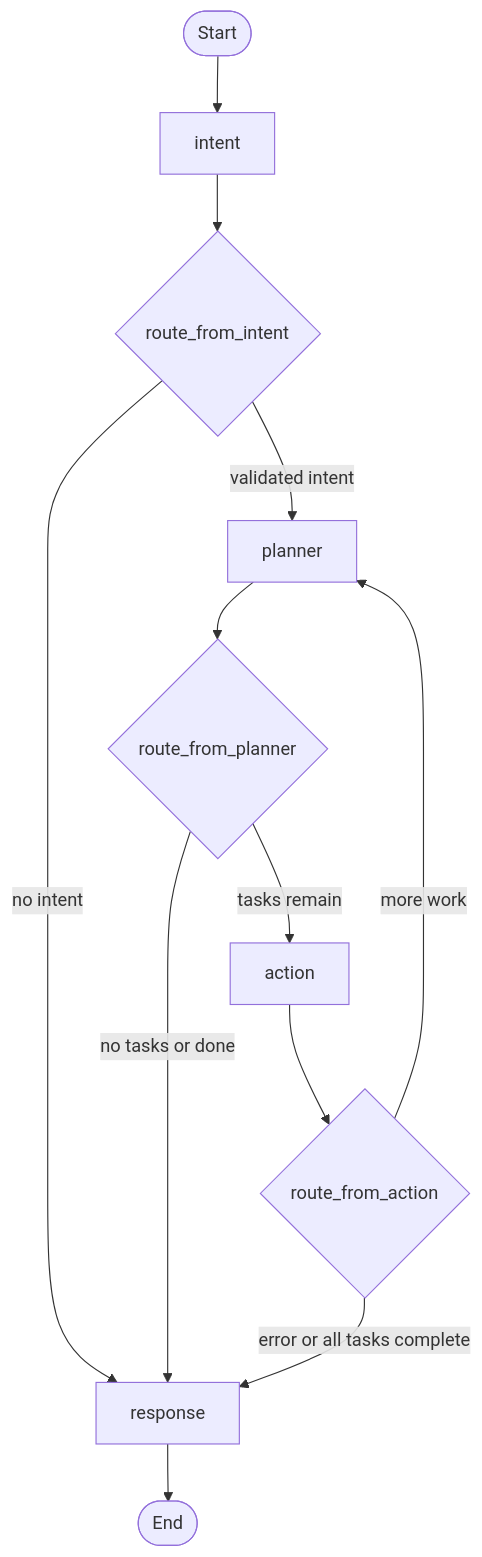
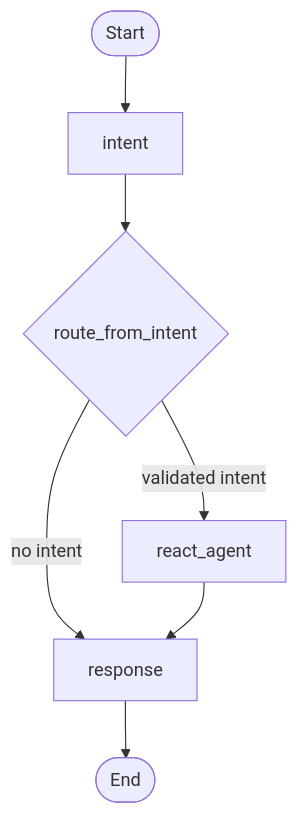
Before and after one commit to relativity-codes/personal-ai-agent: the diagram in project-docs/final-implementation/agent-workflow.md, drawn with Mermaid. The commit also changed other lines of this file and 29 other files, not shown here.

````diff
--- a/project-docs/final-implementation/agent-workflow.md
+++ b/project-docs/final-implementation/agent-workflow.md
@@ -29,14 +28,9 @@
 ```mermaid
 flowchart TD
 startNode([Start]) --> intentNode[intent]
 intentNode --> intentRoute{route_from_intent}
-intentRoute -->|validated intent| plannerNode[planner]
+intentRoute -->|validated intent| reactNode[react_agent]
 intentRoute -->|no intent| responseNode[response]
-plannerNode --> plannerRoute{route_from_planner}
-plannerRoute -->|tasks remain| actionNode[action]
-plannerRoute -->|no tasks or done| responseNode
-actionNode --> actionRoute{route_from_action}
-actionRoute -->|error or all tasks complete| responseNode
-actionRoute -->|more work| plannerNode
+reactNode --> responseNode
 responseNode --> endNode([End])
 ```
````
